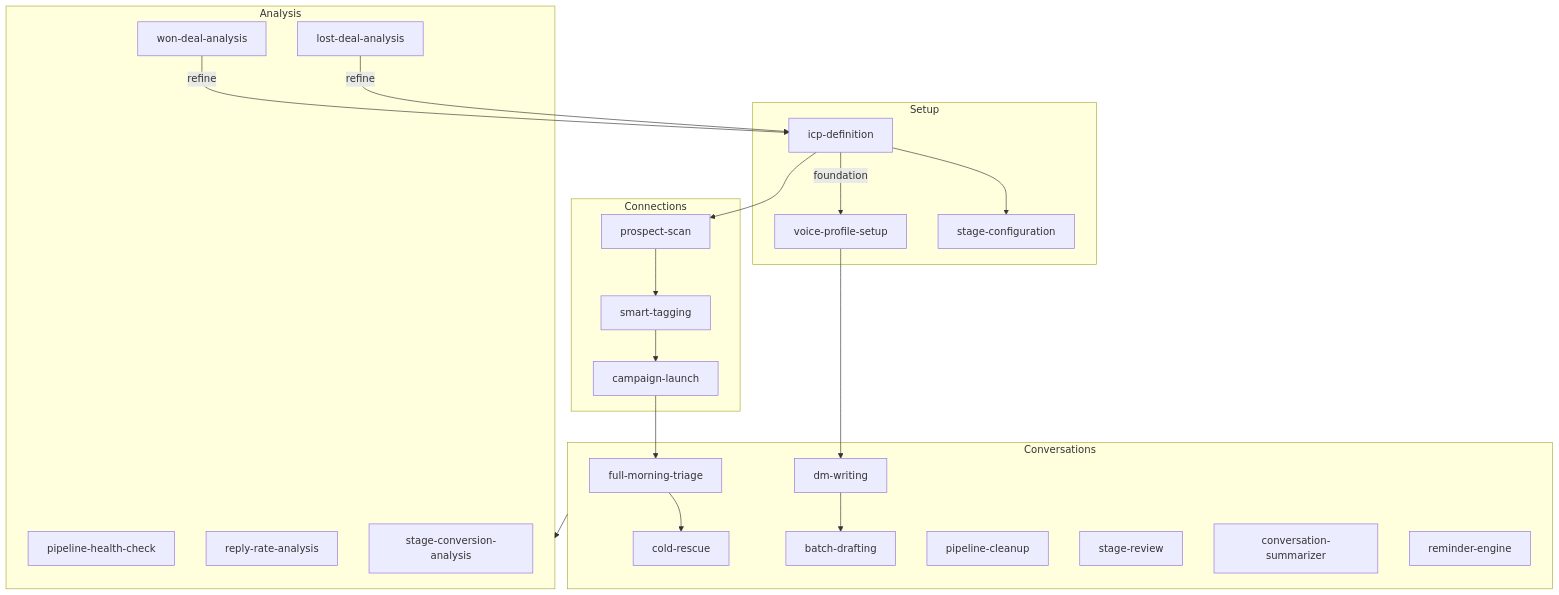
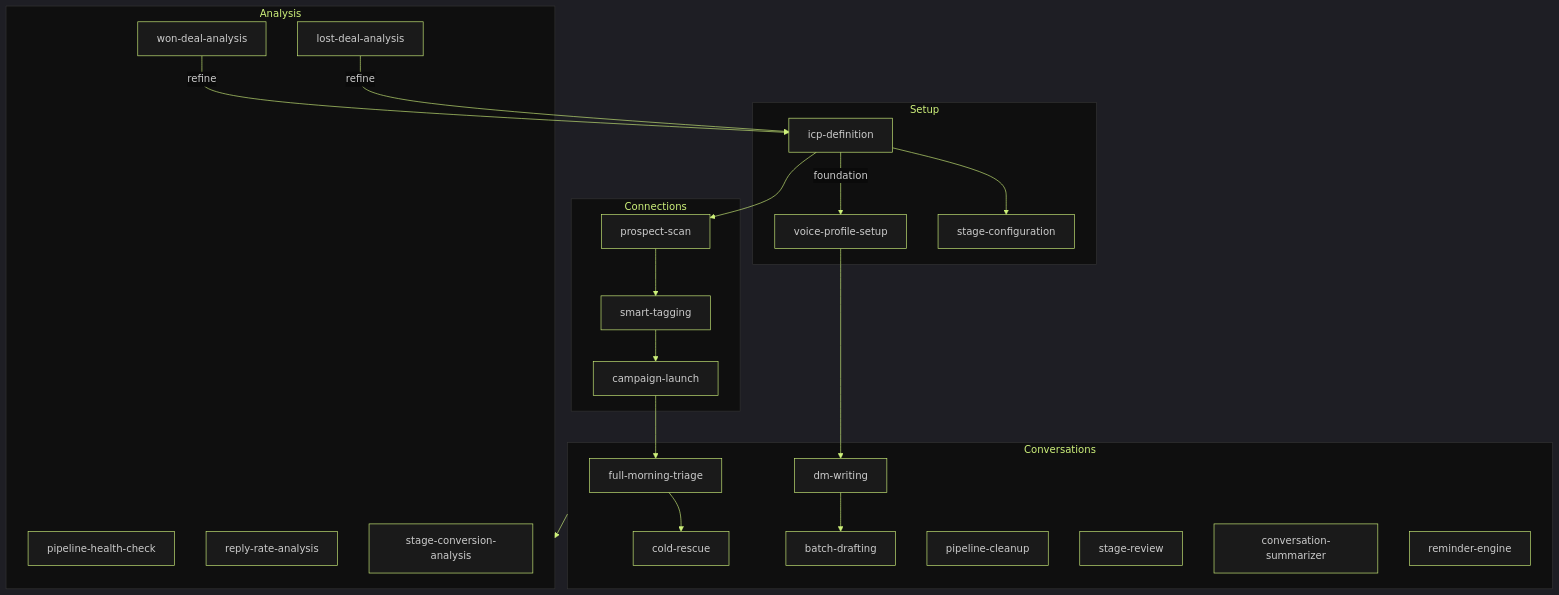
One commit to stvbutlr/linkninja-skills changed the diagram in README.md. Above: the diagram before and after it, drawn with Mermaid. The commit also changed other lines of this file, not shown here.

````diff
--- a/README.md
+++ b/README.md
@@ -106,36 +106,51 @@
 ```mermaid
+%%{init: {'theme': 'dark', 'themeVariables': {
+  'primaryColor': '#1a1a1a',
+  'primaryTextColor': '#e0e0e0',
+  'primaryBorderColor': '#CEF17B',
+  'lineColor': '#CEF17B',
+  'secondaryColor': '#111',
+  'tertiaryColor': '#1a1a1a',
+  'mainBkg': '#1a1a1a',
+  'nodeBorder': '#CEF17B',
+  'clusterBkg': '#0f0f0f',
+  'clusterBorder': '#333',
+  'titleColor': '#CEF17B',
+  'edgeLabelBackground': '#0a0a0a',
+  'fontFamily': 'JetBrains Mono, monospace'
+}}}%%
 graph TD
     subgraph Setup
         ICP[icp-definition] -->|foundation| VP[voice-profile-setup]
         ICP --> SC[stage-configuration]
     end
 
     subgraph Connections
         PS[prospect-scan] --> ST[smart-tagging]
         ST --> CL[campaign-launch]
     end
 
     subgraph Conversations
         FMT[full-morning-triage] --> CR[cold-rescue]
         DM[dm-writing] --> BD[batch-drafting]
         PC[pipeline-cleanup]
         SR[stage-review]
         CS[conversation-summarizer]
         RE[reminder-engine]
     end
 
     subgraph Analysis
         PHC[pipeline-health-check]
         RRA[reply-rate-analysis]
         SCA[stage-conversion-analysis]
         WDA[won-deal-analysis]
         LDA[lost-deal-analysis]
     end
 
     ICP --> PS
     VP --> DM
     CL --> FMT
     Conversations --> Analysis
     WDA -->|refine| ICP
     LDA -->|refine| ICP
 ```
````
